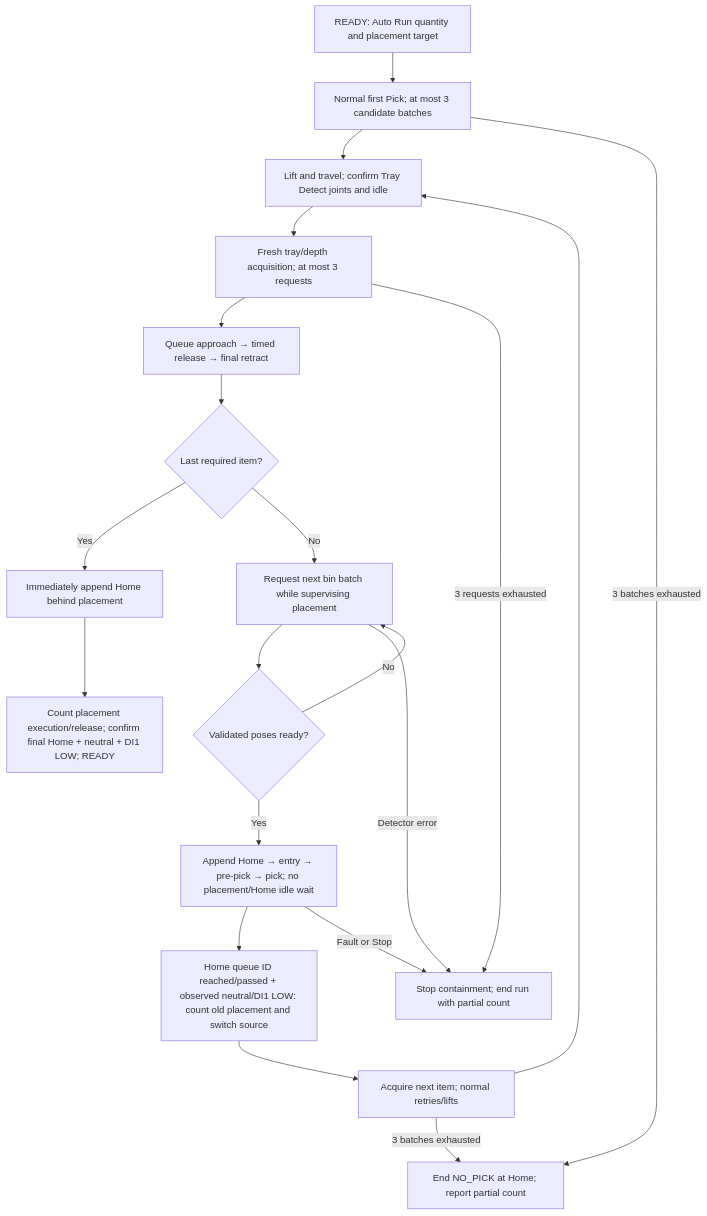
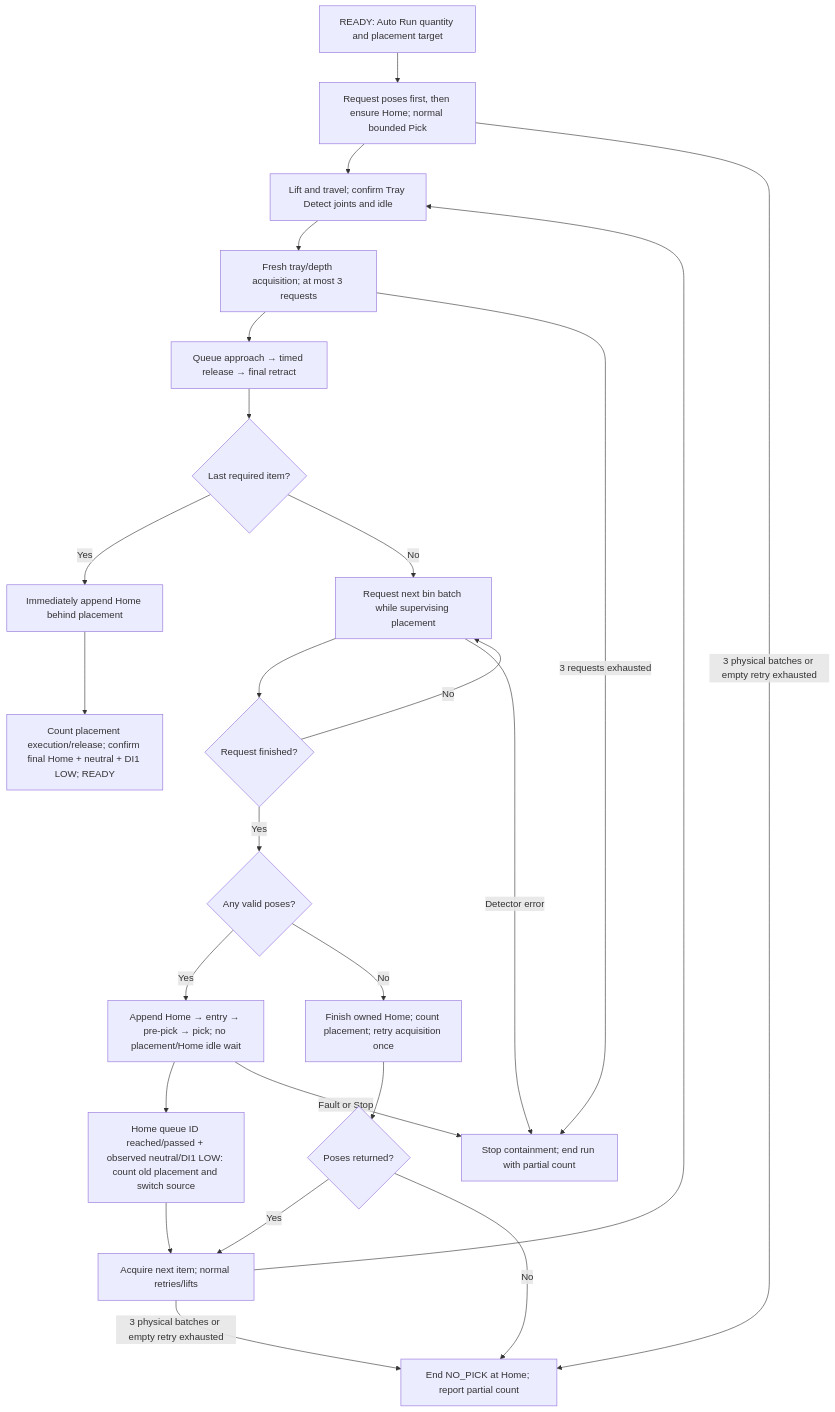
Before and after one commit to esgange/dobot_picknplace_yolo: the sixth of 9 diagrams in docs/ROBOT_CONTROLLER_FSM.md, drawn with Mermaid. The commit also changed other lines of this file and 10 other files, not shown here.

Commit message:
Acquire Pick poses before Home with one empty-result retry

````diff
--- a/docs/ROBOT_CONTROLLER_FSM.md
+++ b/docs/ROBOT_CONTROLLER_FSM.md
@@ -713,22 +733,27 @@
 ```mermaid
 flowchart TD
-    Start["READY: Auto Run quantity and placement target"] --> Pick["Normal first Pick; at most 3 candidate batches"]
+    Start["READY: Auto Run quantity and placement target"] --> Pick["Request poses first, then ensure Home; normal bounded Pick"]
     Pick --> Tray["Lift and travel; confirm Tray Detect joints and idle"]
     Tray --> Observe["Fresh tray/depth acquisition; at most 3 requests"]
     Observe --> Place["Queue approach → timed release → final retract"]
     Place --> Last{"Last required item?"}
     Last -->|Yes| Home["Immediately append Home behind placement"]
     Home --> Done["Count placement execution/release; confirm final Home + neutral + DI1 LOW; READY"]
     Last -->|No| Prefetch["Request next bin batch while supervising placement"]
-    Prefetch --> Ready{"Validated poses ready?"}
+    Prefetch --> Ready{"Request finished?"}
     Ready -->|No| Prefetch
-    Ready -->|Yes| Append["Append Home → entry → pre-pick → pick; no placement/Home idle wait"]
+    Ready -->|Yes| Poses{"Any valid poses?"}
+    Poses -->|Yes| Append["Append Home → entry → pre-pick → pick; no placement/Home idle wait"]
+    Poses -->|No| RetryHome["Finish owned Home; count placement; retry acquisition once"]
+    RetryHome --> Retried{"Poses returned?"}
+    Retried -->|Yes| Next
+    Retried -->|No| Empty
     Append --> Boundary["Home queue ID reached/passed + observed neutral/DI1 LOW: count old placement and switch source"]
     Boundary --> Next["Acquire next item; normal retries/lifts"]
     Next --> Tray
-    Pick -->|3 batches exhausted| Empty["End NO_PICK at Home; report partial count"]
-    Next -->|3 batches exhausted| Empty
+    Pick -->|3 physical batches or empty retry exhausted| Empty["End NO_PICK at Home; report partial count"]
+    Next -->|3 physical batches or empty retry exhausted| Empty
     Observe -->|3 requests exhausted| Fail["Stop containment; end run with partial count"]
     Prefetch -->|Detector error| Fail
     Append -->|Fault or Stop| Fail
 ```
````
